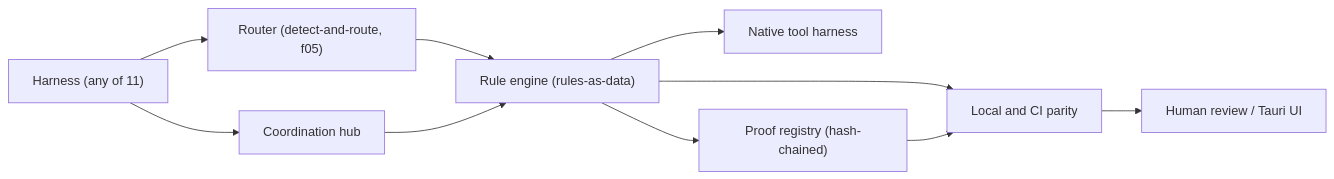
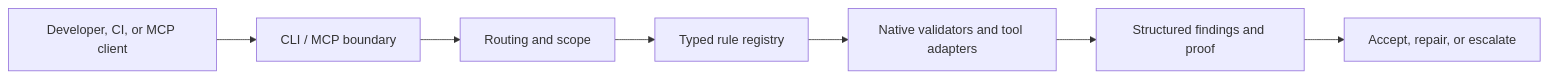
Before and after one commit to ocentra/ocentra-enforcer: the diagram in README.md, drawn with Mermaid. The commit also changed other lines of this file and 5 other files, not shown here.

````diff
--- a/README.md
+++ b/README.md
@@ -54,20 +24,9 @@
 ```mermaid
 flowchart LR
-  A["Harness (any of 11)"]
-  B["Router (detect-and-route, f05)"]
-  C["Rule engine (rules-as-data)"]
-  D["Native tool harness"]
-  E["Proof registry (hash-chained)"]
-  F["Coordination hub"]
-  G["Local and CI parity"]
-  H["Human review / Tauri UI"]
-  A --> B
-  B --> C
-  C --> D
-  C --> E
-  A --> F
-  F --> C
-  C --> G
-  E --> G
-  G --> H
+  A["Developer, CI, or MCP client"] --> B["CLI / MCP boundary"]
+  B --> C["Routing and scope"]
+  C --> D["Typed rule registry"]
+  D --> E["Native validators and tool adapters"]
+  E --> F["Structured findings and proof"]
+  F --> G["Accept, repair, or escalate"]
 ```
````
